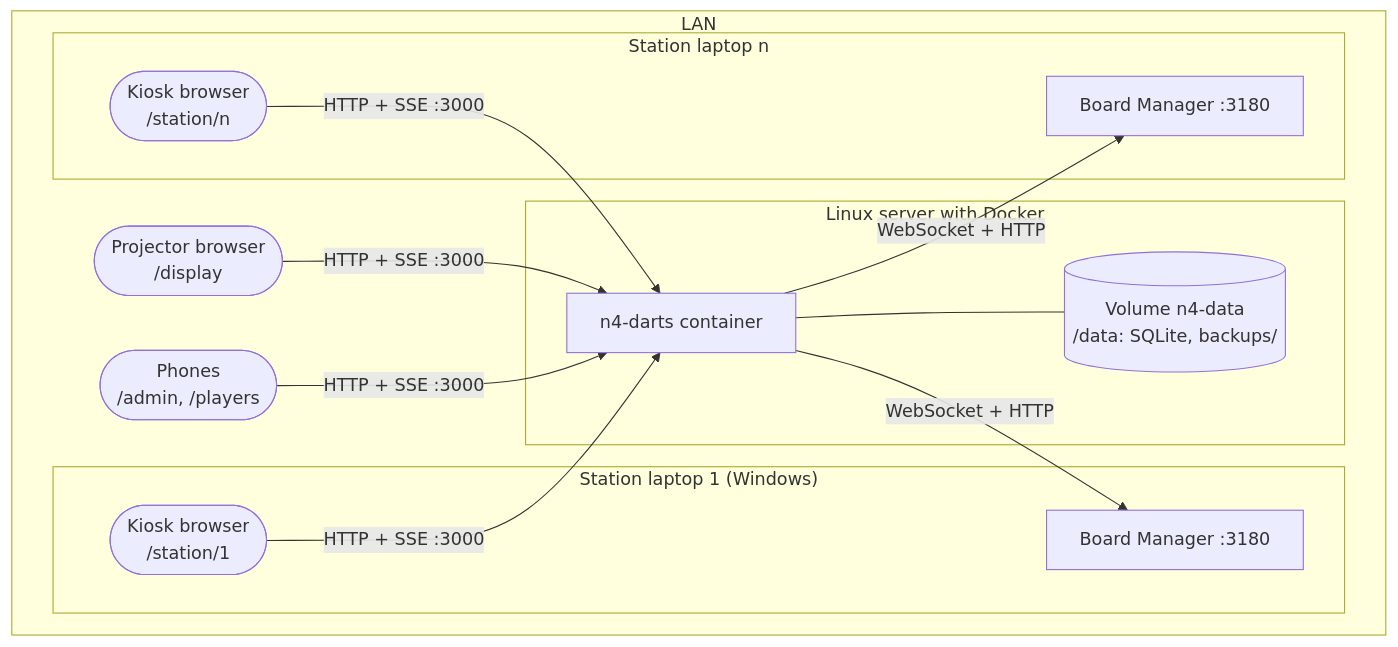
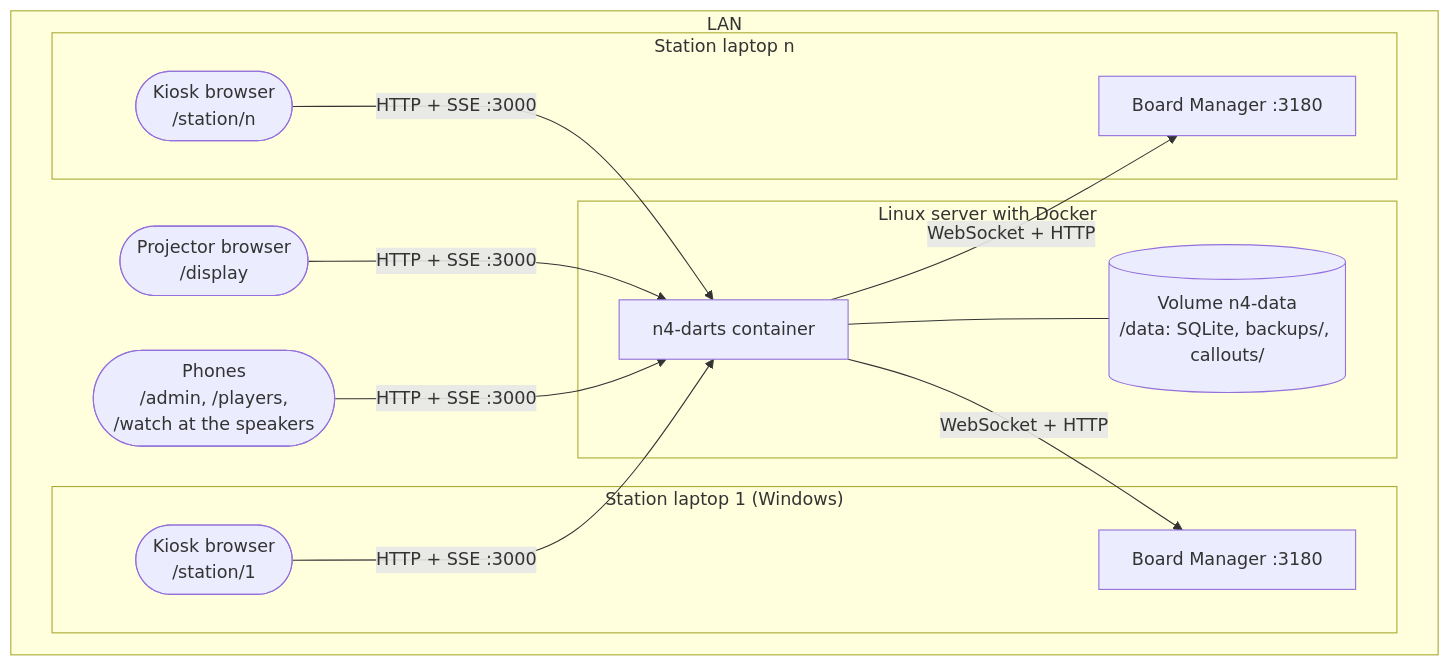
One commit to sverbach/n4-darts changed the diagram in docs/architecture/07-deployment-view.md. Above: the diagram before and after it, drawn with Mermaid. The commit also changed other lines of this file and 8 other files, not shown here.

Commit message:
Callouts in the docs: README, ui-pages, architecture, design system, glossary (audio-callouts 05)

````diff
--- a/docs/architecture/07-deployment-view.md
+++ b/docs/architecture/07-deployment-view.md
@@ -5,24 +5,24 @@
 ```mermaid
 flowchart TB
     subgraph lan["LAN"]
         subgraph server["Linux server with Docker"]
             container["n4-darts container<br/>"]
-            volume[("Volume n4-data<br/>/data: SQLite, backups/")]
+            volume[("Volume n4-data<br/>/data: SQLite, backups/, callouts/")]
             container --- volume
         end
         subgraph laptop1["Station laptop 1 (Windows)"]
             bm1["Board Manager :3180"]
             kiosk1(["Kiosk browser<br/>/station/1"])
         end
         subgraph laptopN["Station laptop n"]
             bmN["Board Manager :3180"]
             kioskN(["Kiosk browser<br/>/station/n"])
         end
         projector(["Projector browser<br/>/display"])
-        phones(["Phones<br/>/admin, /players"])
+        phones(["Phones<br/>/admin, /players,<br/>/watch at the speakers"])
     end
 
     container -- "WebSocket + HTTP" --> bm1
     container -- "WebSocket + HTTP" --> bmN
     kiosk1 & kioskN & projector & phones -- "HTTP + SSE :3000" --> container
 ```
````
